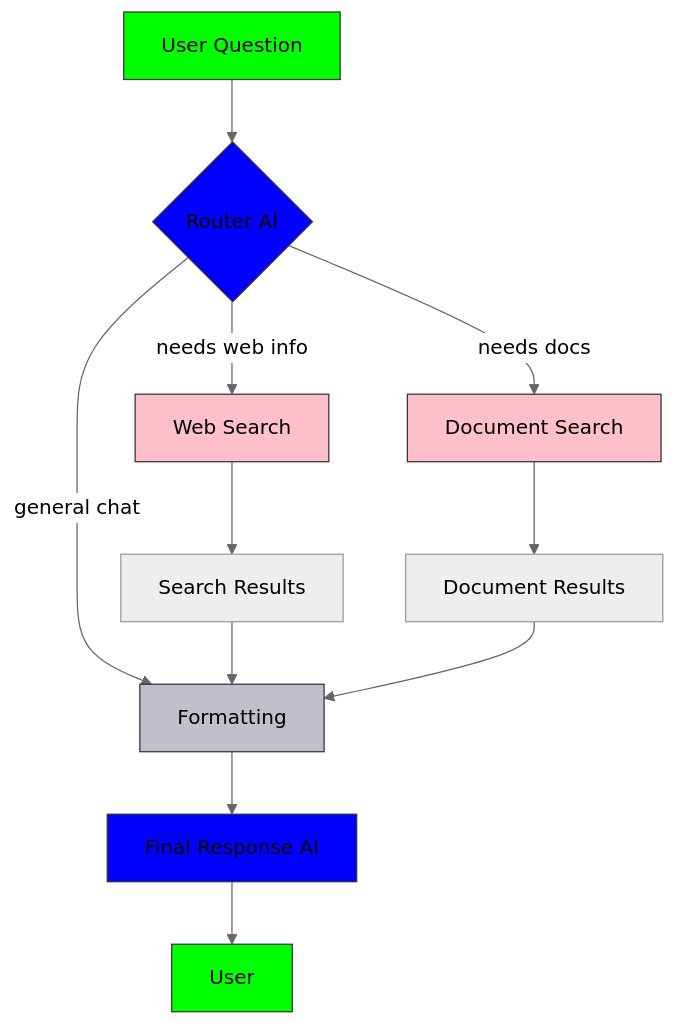
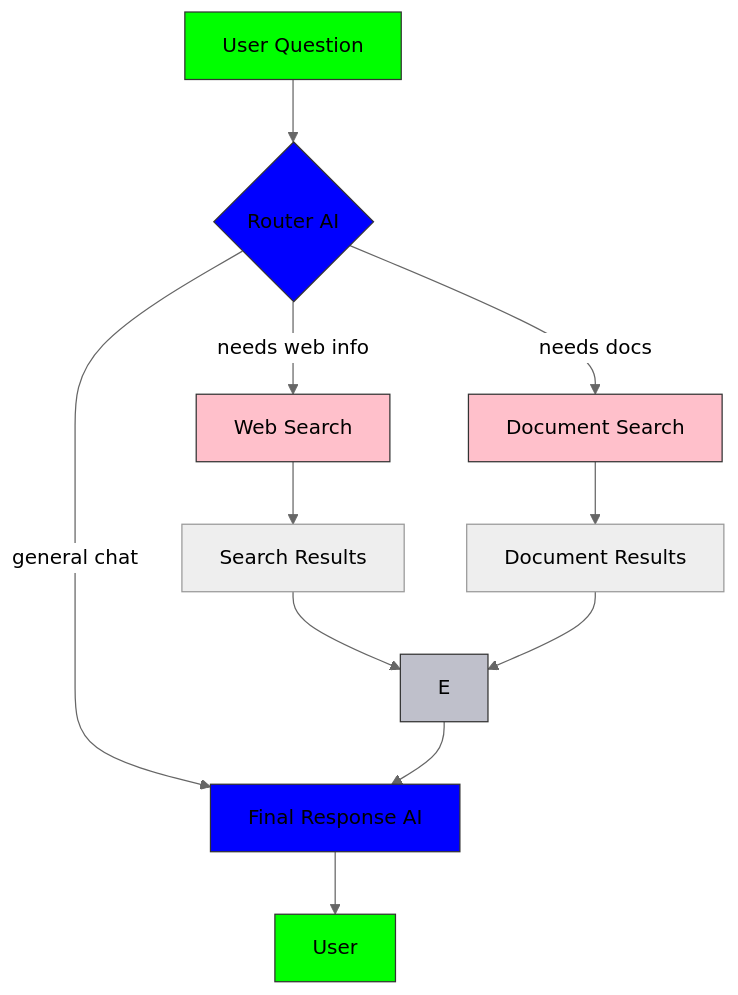
The first of 2 diagrams in blogs/part1.md (ollienation/Blog), drawn with Mermaid (neutral theme) before and after one commit. The commit also changed other lines of this file, not shown here.

Commit message:
changed mermaid diagram for correctness

````diff
--- a/blogs/part1.md
+++ b/blogs/part1.md
@@ -342,28 +342,28 @@
 ```mermaid
 
 flowchart TD
     A[User Question] --> B{Router AI}
 
     B -->|needs web info| C[Web Search]
     B -->|needs docs| D[Document Search]
-    B -->|general chat| E[Formatting]
+    B -->|general chat| H[Final Response AI]
 
     C --> F[Search Results]
     D --> G[Document Results]
 
     F --> E
     G --> E
 
-    E --> H[Final Response AI]
+    E --> H
     H --> I[User]
 
     %% Node Styling
     style B fill:#0000FF,stroke:#333,stroke-width:2px; %% Blue
     style H fill:#0000FF,stroke:#333,stroke-width:2px; %% Blue
     style C fill:#FFC0CB,stroke:#333,stroke-width:2px; %% Pink
     style D fill:#FFC0CB,stroke:#333,stroke-width:2px; %% Pink
     style E fill:#BFC0CB,stroke:#333,stroke-width:2px; %% Pink
     style A fill:#00FF00,stroke:#333,stroke-width:2px; %% Green
     style I fill:#00FF00,stroke:#333,stroke-width:2px; %% Green
 
 ```
````
